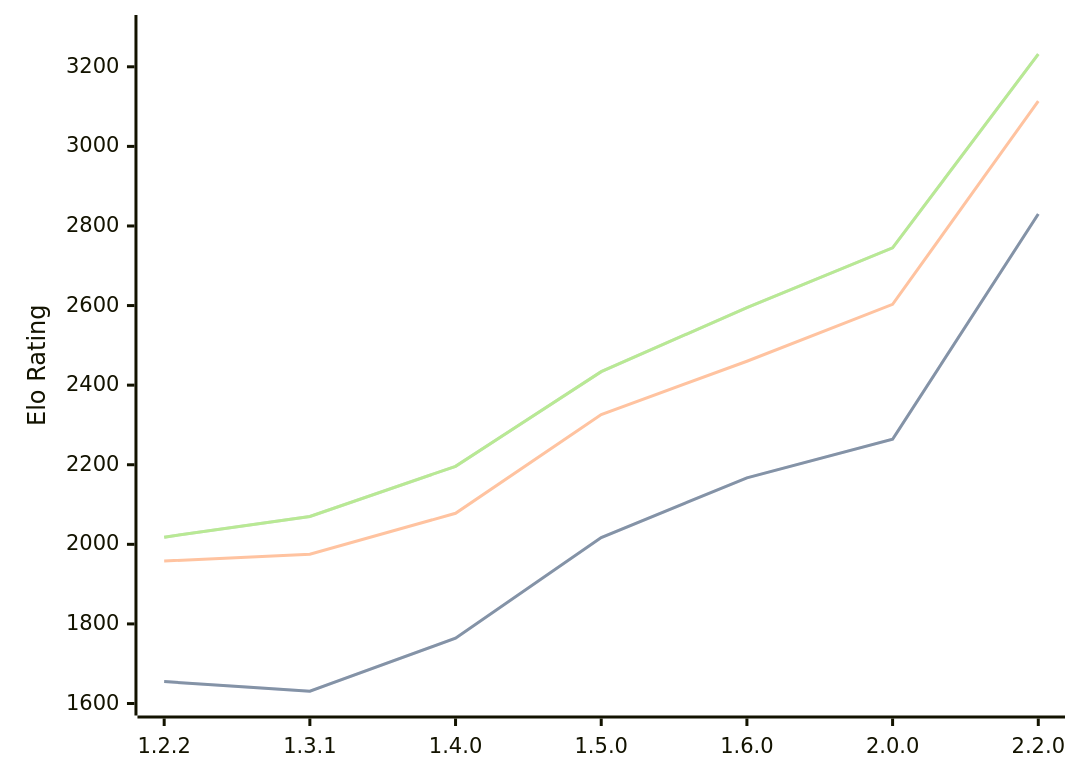
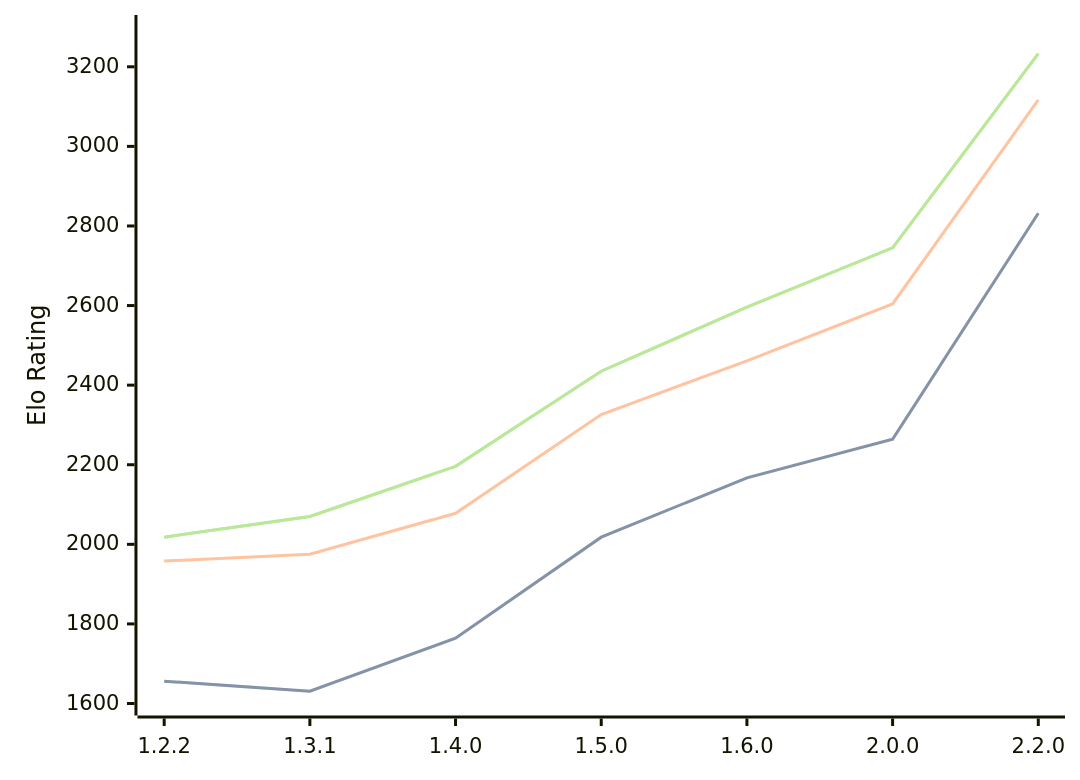
One commit to computer-chess-index/cci changed the third of 3 diagrams in engines/SoloEngine.md. Above: the diagram before and after it, drawn with Mermaid. The commit also changed other lines of this file, not shown here.

Commit message:
Update CCI Ratings (ELO VLTC) - 2026-06-23

````diff
--- a/engines/SoloEngine.md
+++ b/engines/SoloEngine.md
@@ -71,11 +71,11 @@
 ```mermaid
 %%{init: {"theme":"base","themeVariables":{"seriesColors:['#a3a3a3','#222221','#faa371']}}}%%
 xychart-beta
   x-axis ["1.2.2", "1.3.1", "1.4.0", "1.5.0", "1.6.0", "2.0.0", "2.2.0"]
   y-axis "Elo Rating" 1600 --> 3300
-  line "STC (8.0+0.08s)" [1655, 1631, 1764, 2017, 2167, 2264, 2830]
-  line "STC (8.0+0.08s)" [1655, 1631, 1764, 2017, 2167, 2264, 2830]
-  line "LTC (60.0+0.60s)" [1958, 1975, 2078, 2326, 2460, 2603, 3114]
-  line "VLTC (2m24s+1.12s)" [2018, 2070, 2196, 2434, 2595, 2745, 3232]
-  line "VLTC (2m24s+1.12s)" [2018, 2070, 2196, 2434, 2595, 2745, 3232]
+  line "STC (8.0+0.08s)" [1656, 1631, 1764, 2018, 2167, 2264, 2832]
+  line "STC (8.0+0.08s)" [1656, 1631, 1764, 2018, 2167, 2264, 2832]
+  line "LTC (60.0+0.60s)" [1958, 1975, 2078, 2326, 2461, 2604, 3117]
+  line "VLTC (2m24s+1.12s)" [2018, 2070, 2196, 2435, 2596, 2745, 3233]
+  line "VLTC (2m24s+1.12s)" [2018, 2070, 2196, 2435, 2596, 2745, 3233]
 ```
````
